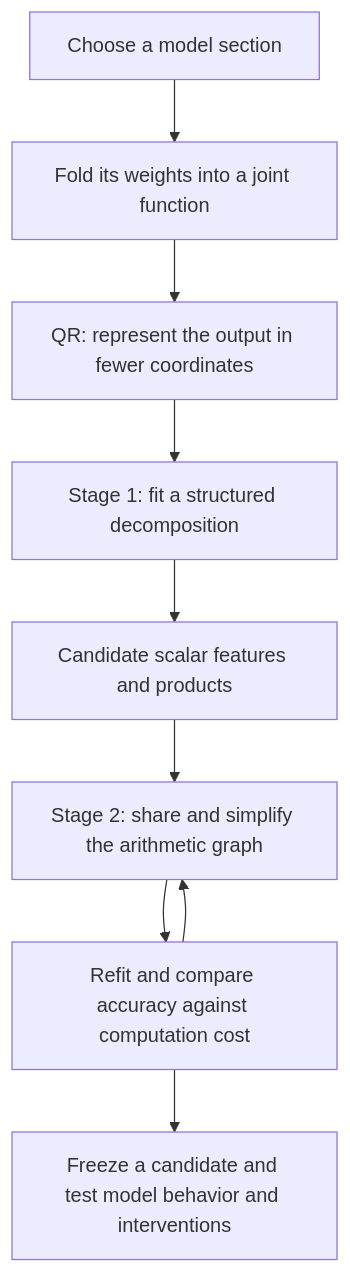
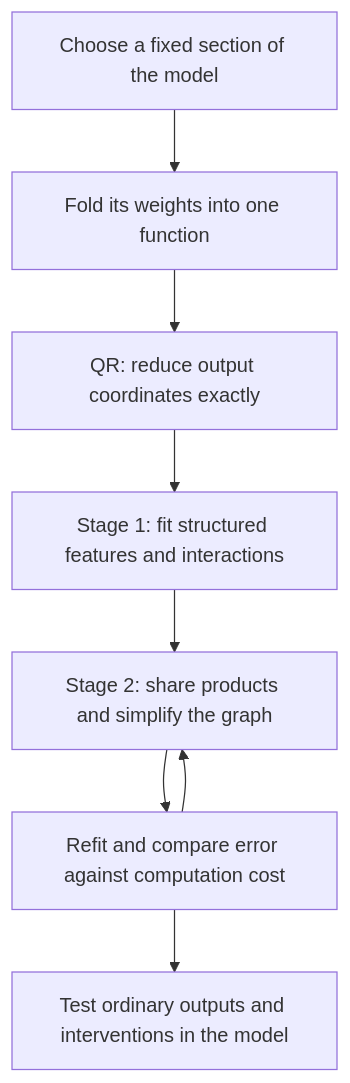
Before and after one commit to loganriggs/tensor_language: the first of 2 diagrams in basis_aligned/polynomial_causal/explanations/for_logan/research_update_2026-09-21_0104_full_coverage_and_shared_baselines.md, drawn with Mermaid. The commit also changed other lines of this file and 11 other files, not shown here.

````diff
--- a/basis_aligned/polynomial_causal/explanations/for_logan/research_update_2026-09-21_0104_full_coverage_and_shared_baselines.md
+++ b/basis_aligned/polynomial_causal/explanations/for_logan/research_update_2026-09-21_0104_full_coverage_and_shared_baselines.md
@@ -11,11 +9,10 @@
 ```mermaid
 flowchart TD
-    A[Choose a model section] --> B[Fold its weights into a joint function]
-    B --> C[QR: represent the output in fewer coordinates]
-    C --> D[Stage 1: fit a structured decomposition]
-    D --> E[Candidate scalar features and products]
-    E --> F[Stage 2: share and simplify the arithmetic graph]
-    F --> G[Refit and compare accuracy against computation cost]
-    G --> F
-    G --> H[Freeze a candidate and test model behavior and interventions]
+    A[Choose a fixed section of the model] --> B[Fold its weights into one function]
+    B --> C[QR: reduce output coordinates exactly]
+    C --> D[Stage 1: fit structured features and interactions]
+    D --> E[Stage 2: share products and simplify the graph]
+    E --> F[Refit and compare error against computation cost]
+    F --> E
+    F --> G[Test ordinary outputs and interventions in the model]
 ```
````
